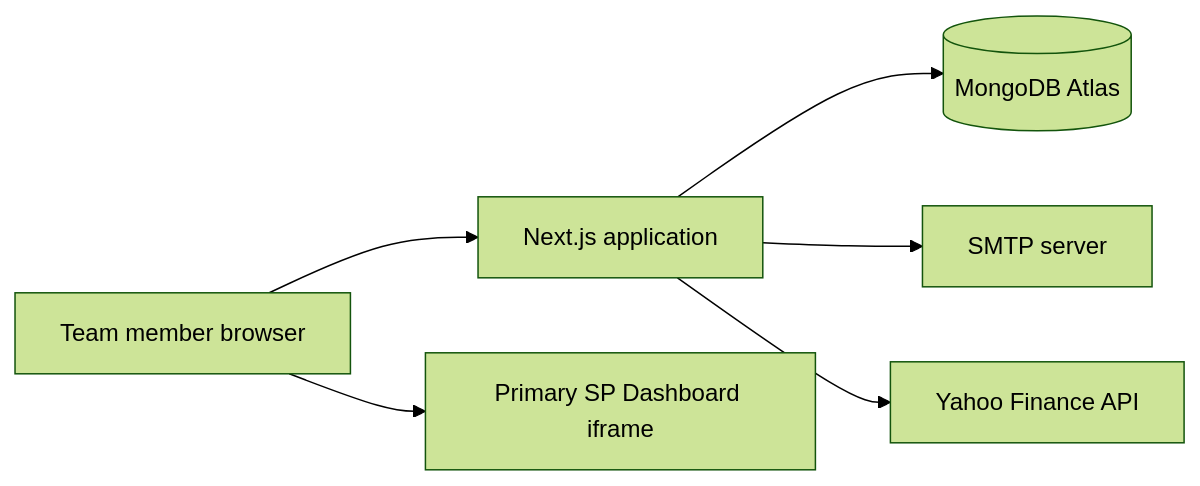
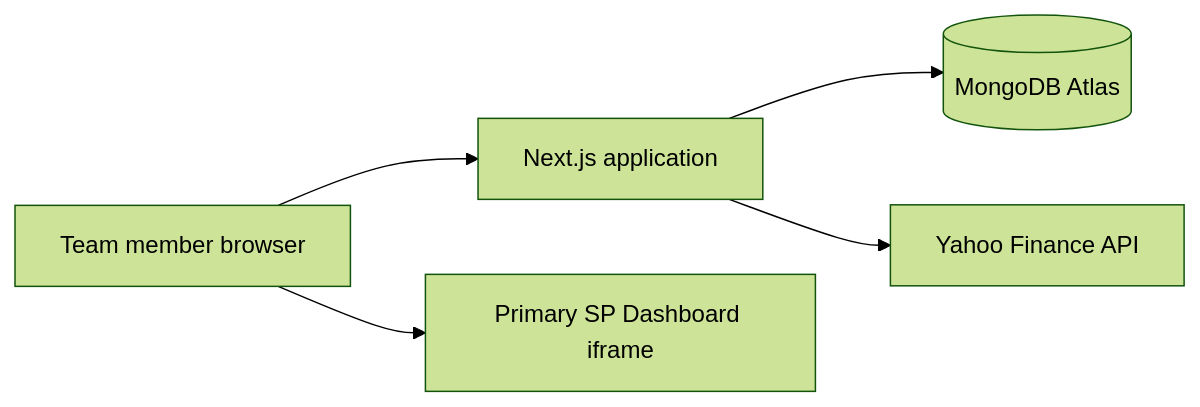
Before and after one commit to ShibayanBiswas/sp-workstation: the diagram in docs/ARCHITECTURE.md, drawn with Mermaid (forest theme). The commit also changed other lines of this file and 29 other files, not shown here.

````diff
--- a/docs/ARCHITECTURE.md
+++ b/docs/ARCHITECTURE.md
@@ -22,8 +22,7 @@
 ```mermaid
 flowchart LR
     U[Team member browser] --> N[Next.js application]
     N --> M[(MongoDB Atlas)]
-    N --> S[SMTP server]
     N --> Y[Yahoo Finance API]
     U --> P[Primary SP Dashboard iframe]
 ```
````
